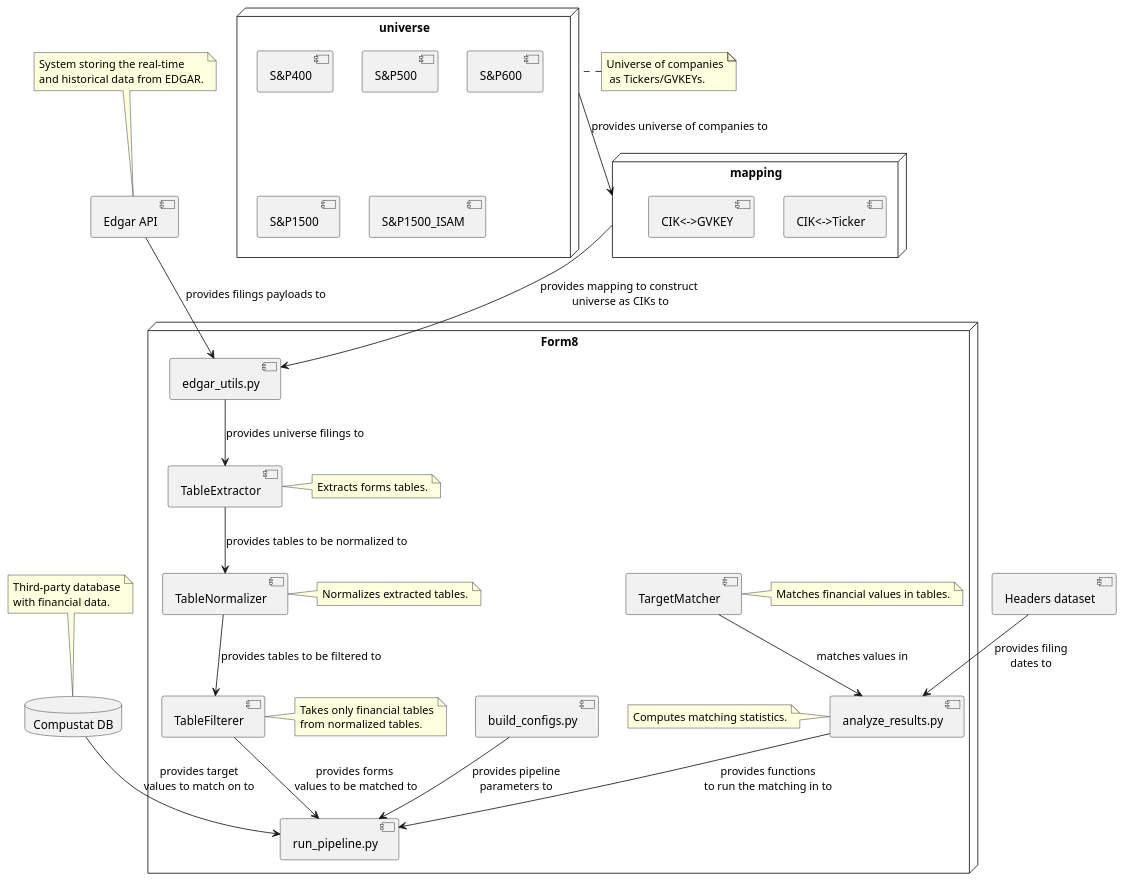
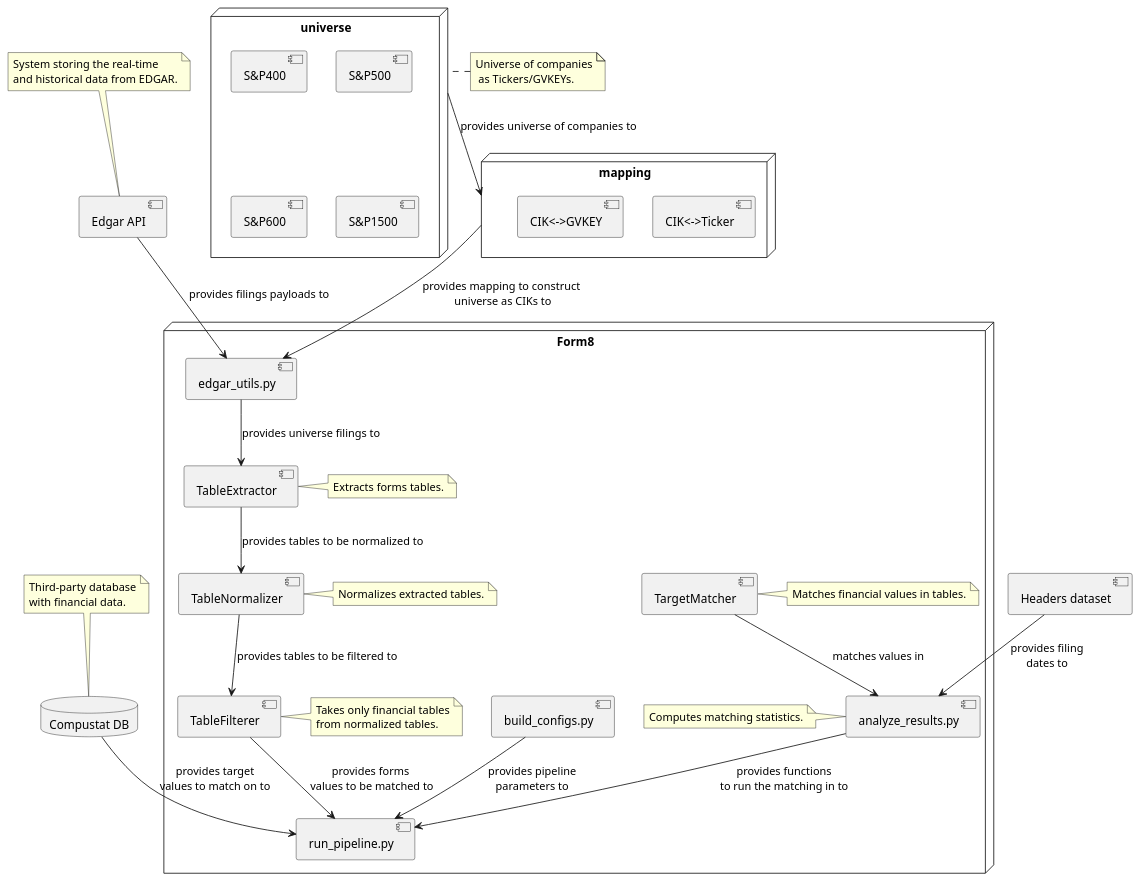
The fourth of 4 diagrams in documentation/general/architecture_diagrams.md (kaizen-ai/kaizenflow), drawn with PlantUML before and after one commit. The commit also changed 14 other files, not shown here.

````diff
--- a/documentation/general/architecture_diagrams.md
+++ b/documentation/general/architecture_diagrams.md
@@ -315,53 +315,52 @@
   ```plantuml
     ' Components
     component [Edgar API] as Edgar_API
     note top of Edgar_API : System storing the real-time\nand historical data from EDGAR.
     component [Headers dataset] as Headers_dataset
 
     ' Databases
     database "Compustat DB" as Compustat_DB
     note top of Compustat_DB : Third-party database\nwith financial data.
 
     ' Containers
     node Form8 as form8 {
      [analyze_results.py] as analyze_results_py
      note left of analyze_results_py: Computes matching statistics.
      [build_configs.py] as build_configs_py
      [edgar_utils.py] as edgar_utils_py
      [run_pipeline.py] as run_pipeline_py
      [TableExtractor]
      note right of TableExtractor: Extracts forms tables.
      [TableNormalizer]
      note right of TableNormalizer: Normalizes extracted tables.
      [TableFilterer]
      note right of TableFilterer: Takes only financial tables\nfrom normalized tables.
      [TargetMatcher]
      note right of TargetMatcher: Matches financial values in tables.
     }
     node mapping as mapping {
      [CIK<->Ticker] as CIK_Ticker
      [CIK<->GVKEY] as CIK_GVKEY
     }
     node universe as universe{
      [S&P400]
      [S&P500]
      [S&P600]
      [S&P1500]
-     [S&P1500_ISAM]
     }
     note left of universe: Universe of companies\n as Tickers/GVKEYs.
 
     ' Edge labels
     Edgar_API --> edgar_utils_py: provides filings payloads to
     Compustat_DB --> run_pipeline_py: provides target\nvalues to match on to
     build_configs_py --> run_pipeline_py: provides pipeline\nparameters to
     edgar_utils_py --> TableExtractor: provides universe filings to
     analyze_results_py --> run_pipeline_py: provides functions\nto run the matching in to
     mapping --> edgar_utils_py: provides mapping to construct\n universe as CIKs to
     Headers_dataset --> analyze_results_py: provides filing\ndates to
     TableExtractor --> TableNormalizer: provides tables to be normalized to
     TableFilterer --> run_pipeline_py: provides forms\n values to be matched to
     TargetMatcher --> analyze_results_py: matches values in
     TableNormalizer --> TableFilterer: provides tables to be filtered to
     universe --> mapping: provides universe of companies to
   ```
````
